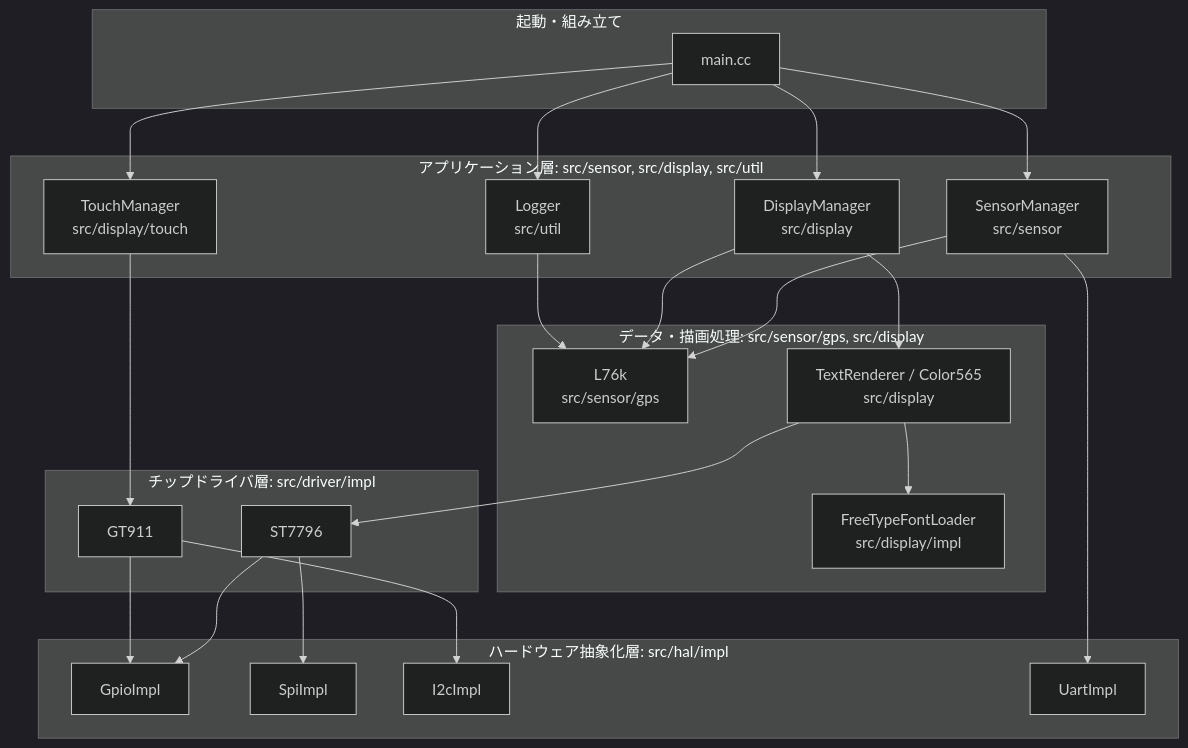
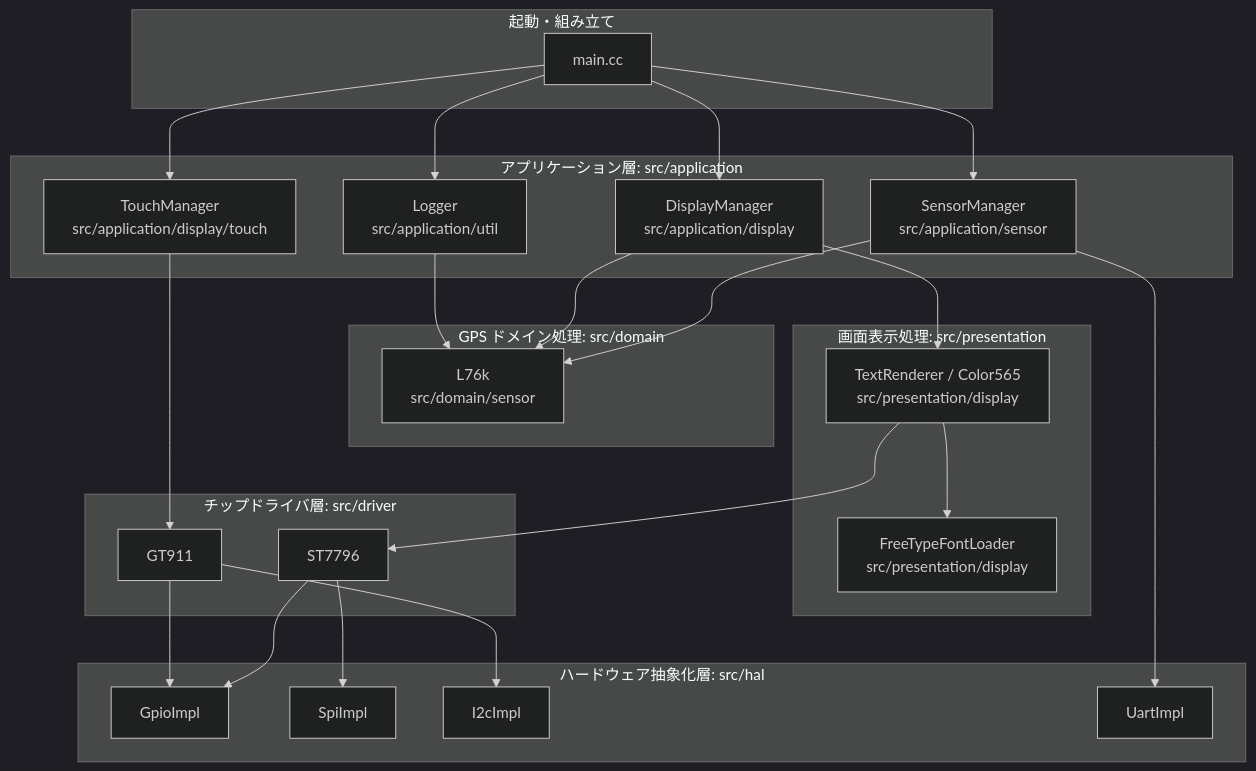
One commit to kengineeeer14/cycom changed the second of 4 diagrams in doc/class-architecture.md. Above: the diagram before and after it, drawn with Mermaid (dark theme). The commit also changed other lines of this file, not shown here.

````diff
--- a/doc/class-architecture.md
+++ b/doc/class-architecture.md
@@ -47,48 +46,51 @@
 ```mermaid
 flowchart TB
   subgraph Main[起動・組み立て]
     M[main.cc]
   end
 
-  subgraph Application[アプリケーション層: src/sensor, src/display, src/util]
-    SM[SensorManager\nsrc/sensor]
-    DM[DisplayManager\nsrc/display]
-    TM[TouchManager\nsrc/display/touch]
-    LG[Logger\nsrc/util]
+  subgraph Application[アプリケーション層: src/application]
+    SM[SensorManager\nsrc/application/sensor]
+    DM[DisplayManager\nsrc/application/display]
+    TM[TouchManager\nsrc/application/display/touch]
+    LG[Logger\nsrc/application/util]
   end
 
-  subgraph Domain[データ・描画処理: src/sensor/gps, src/display]
-    GPS[L76k\nsrc/sensor/gps]
-    TR[TextRenderer / Color565\nsrc/display]
-    FT[FreeTypeFontLoader\nsrc/display/impl]
+  subgraph Domain[GPS ドメイン処理: src/domain]
+    GPS[L76k\nsrc/domain/sensor]
   end
 
-  subgraph Driver[チップドライバ層: src/driver/impl]
+  subgraph Presentation[画面表示処理: src/presentation]
+    TR[TextRenderer / Color565\nsrc/presentation/display]
+    FT[FreeTypeFontLoader\nsrc/presentation/display]
+  end
+
+  subgraph Driver[チップドライバ層: src/driver]
     LCD[ST7796]
     Touch[GT911]
   end
 
-  subgraph Hardware[ハードウェア抽象化層: src/hal/impl]
+  subgraph Hardware[ハードウェア抽象化層: src/hal]
     GPIO[GpioImpl]
     SPI[SpiImpl]
     I2C[I2cImpl]
     UART[UartImpl]
   end
 
   M --> SM
   M --> DM
   M --> TM
   M --> LG
   SM --> GPS
   DM --> GPS
   LG --> GPS
   DM --> TR
   TR --> FT
   TR --> LCD
   TM --> Touch
   LCD --> GPIO
   LCD --> SPI
   Touch --> GPIO
   Touch --> I2C
   SM --> UART
 ```
````
